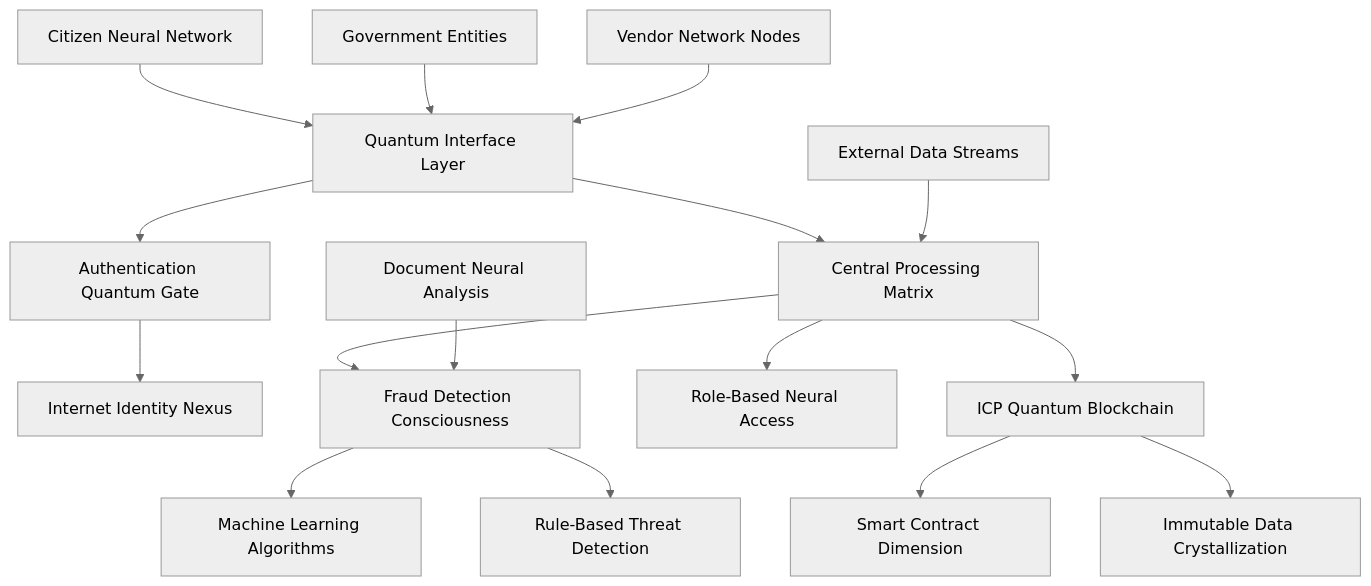
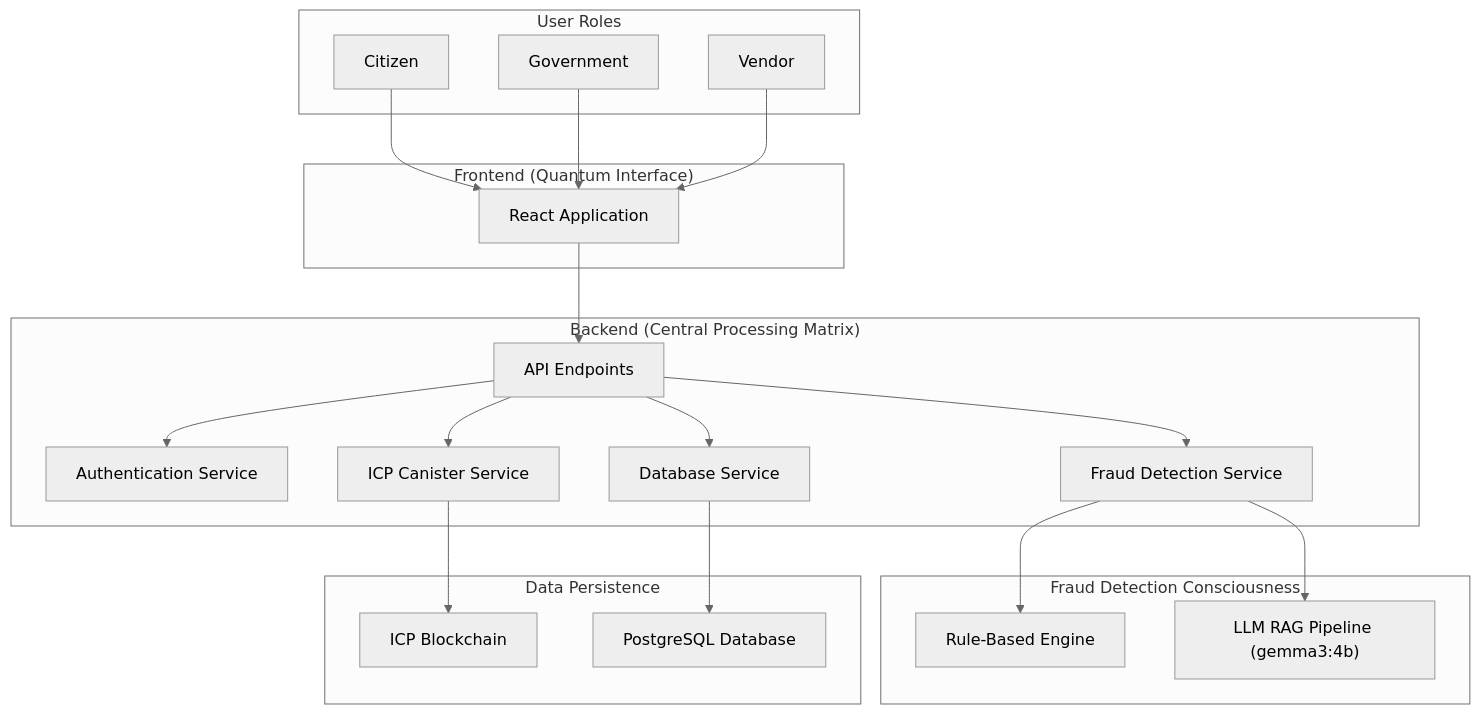
One commit to nikhlu07/H.E.L.I.X changed the diagram in README.md. Above: the diagram before and after it, drawn with Mermaid (neutral theme). The commit also changed other lines of this file, not shown here.

````diff
--- a/README.md
+++ b/README.md
@@ -82,23 +79,47 @@
 ```mermaid
-graph TB
-    A[Citizen Neural Network] --> B[Quantum Interface Layer]
-    C[Government Entities] --> B
-    D[Vendor Network Nodes] --> B
-    
-    B --> E[Authentication Quantum Gate]
-    E --> F[Internet Identity Nexus]
-    
-    B --> G[Central Processing Matrix]
-    G --> H[Fraud Detection Consciousness]
-    G --> I[Role-Based Neural Access]
-    
-    H --> J[Machine Learning Algorithms]
-    H --> K[Rule-Based Threat Detection]
-    
-    G --> L[ICP Quantum Blockchain]
-    L --> M[Smart Contract Dimension]
-    L --> N[Immutable Data Crystallization]
-    
-    O[External Data Streams] --> G
-    P[Document Neural Analysis] --> H
+graph TD
+    subgraph "User Roles"
+        A[Citizen]
+        B[Government]
+        C[Vendor]
+    end
+
+    subgraph "Frontend (Quantum Interface)"
+        D[React Application]
+    end
+
+    subgraph "Backend (Central Processing Matrix)"
+        E[API Endpoints]
+        F[Authentication Service]
+        G[Fraud Detection Service]
+        H[ICP Canister Service]
+        I[Database Service]
+    end
+
+    subgraph "Fraud Detection Consciousness"
+        J[Rule-Based Engine]
+        K["LLM RAG Pipeline (gemma3:4b)"]
+    end
+
+    subgraph "Data Persistence"
+        L[ICP Blockchain]
+        M[PostgreSQL Database]
+    end
+
+    A --> D
+    B --> D
+    C --> D
+
+    D --> E
+
+    E --> F
+    E --> G
+    E --> H
+    E --> I
+
+    G --> J
+    G --> K
+
+    H --> L
+    I --> M
 ```
````
